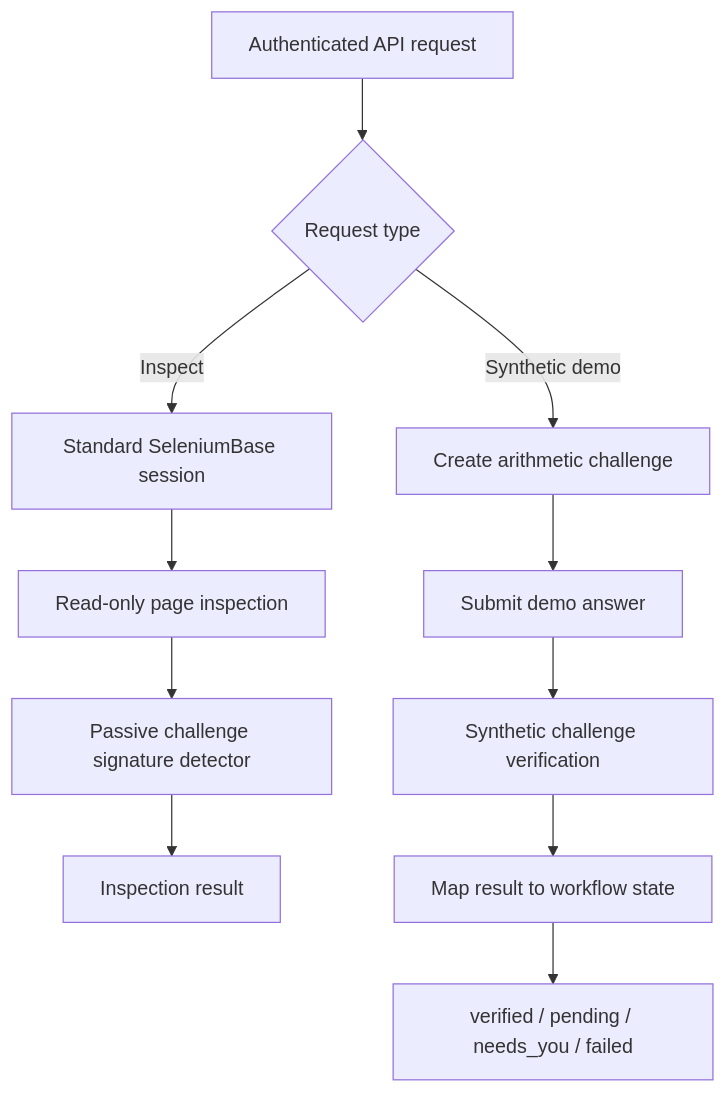
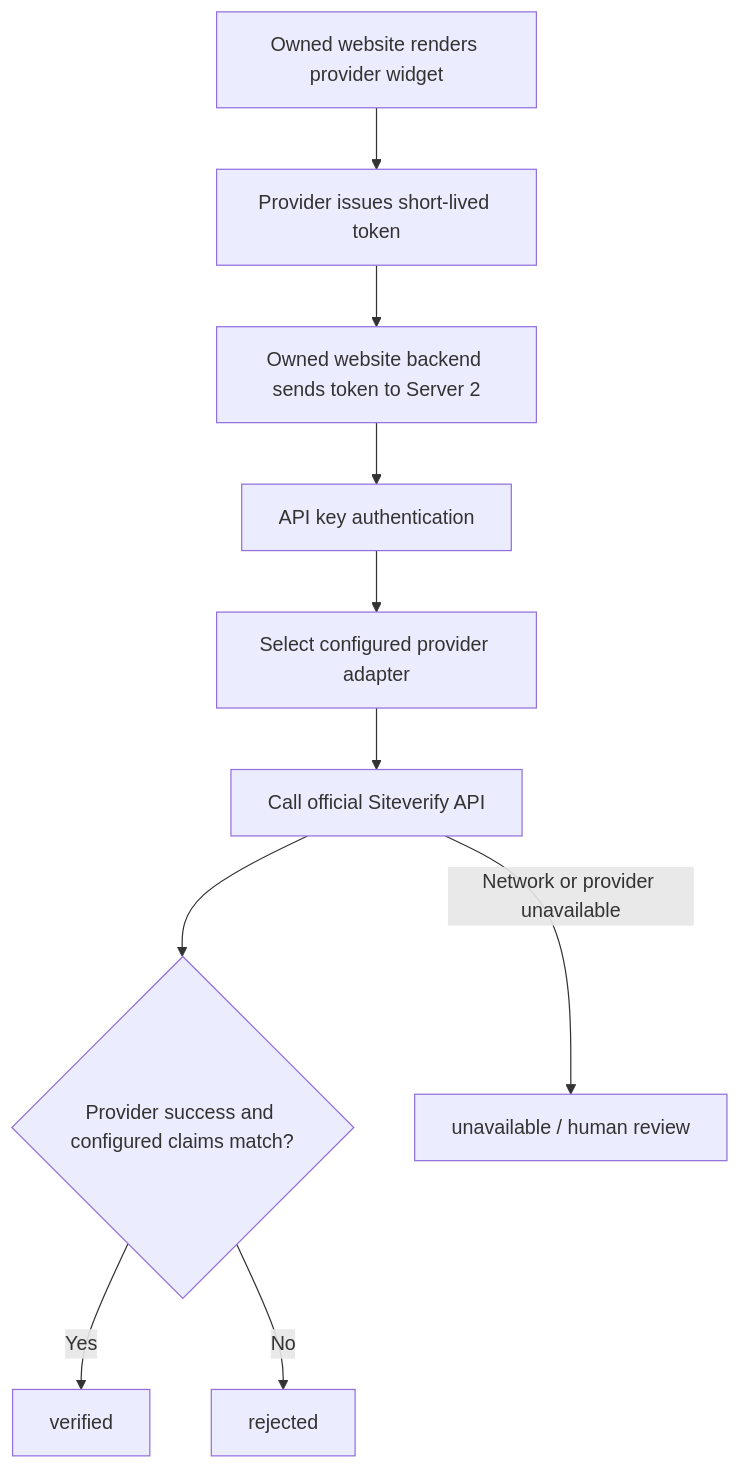
The diagram in docs/architecture.md (santosh1664/Server-2), drawn with Mermaid before and after one commit. The commit also changed other lines of this file, not shown here.

Commit message:
test: cover official provider token verification and document setup

````diff
--- a/docs/architecture.md
+++ b/docs/architecture.md
@@ -7,13 +7,12 @@
-```mermaid
+~~~mermaid
 flowchart TD
-  A[Authenticated API request] --> B{Request type}
-  B -->|Inspect| C[Standard SeleniumBase session]
-  C --> D[Read-only page inspection]
-  D --> E[Passive challenge signature detector]
-  E --> F[Inspection result]
-  B -->|Synthetic demo| G[Create arithmetic challenge]
-  G --> H[Submit demo answer]
-  H --> I[Synthetic challenge verification]
-  I --> J[Map result to workflow state]
-  J --> K[verified / pending / needs_you / failed]
-```
+  A[Owned website renders provider widget] --> B[Provider issues short-lived token]
+  B --> C[Owned website backend sends token to Server 2]
+  C --> D[API key authentication]
+  D --> E[Select configured provider adapter]
+  E --> F[Call official Siteverify API]
+  F --> G{Provider success and configured claims match?}
+  G -->|Yes| H[verified]
+  G -->|No| I[rejected]
+  F -->|Network or provider unavailable| J[unavailable / human review]
+~~~
````
